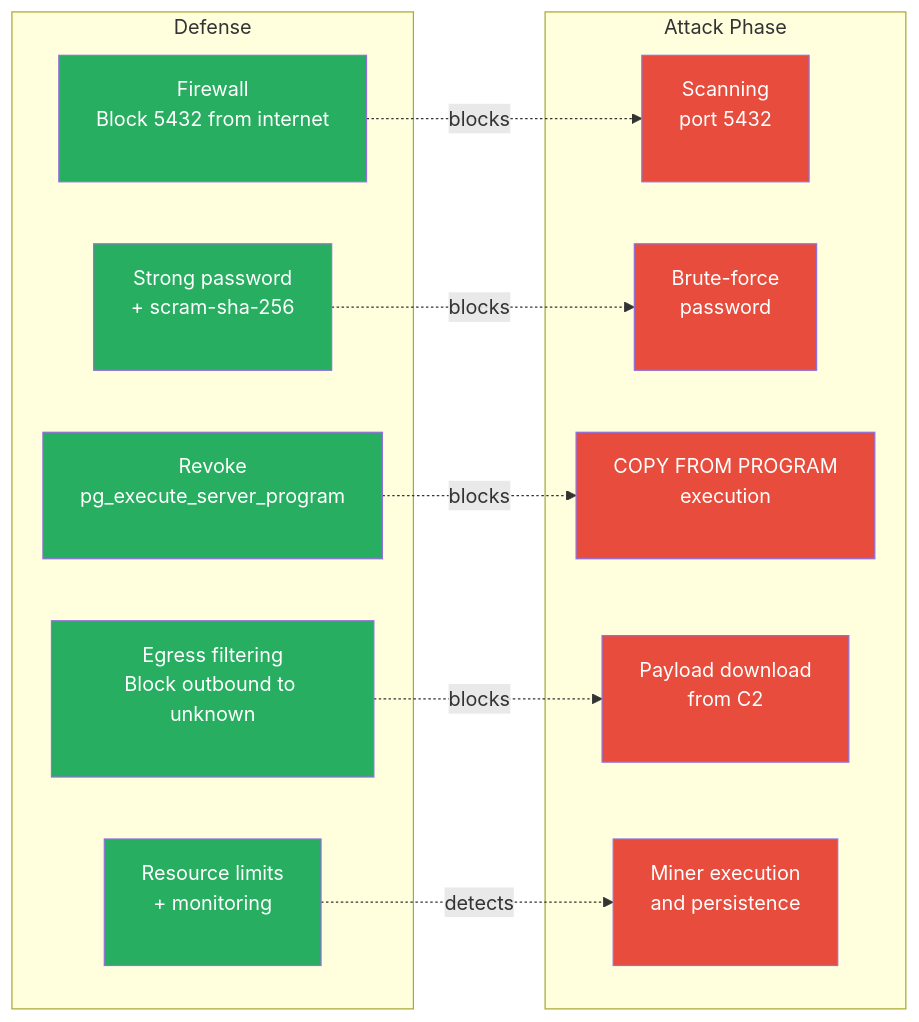
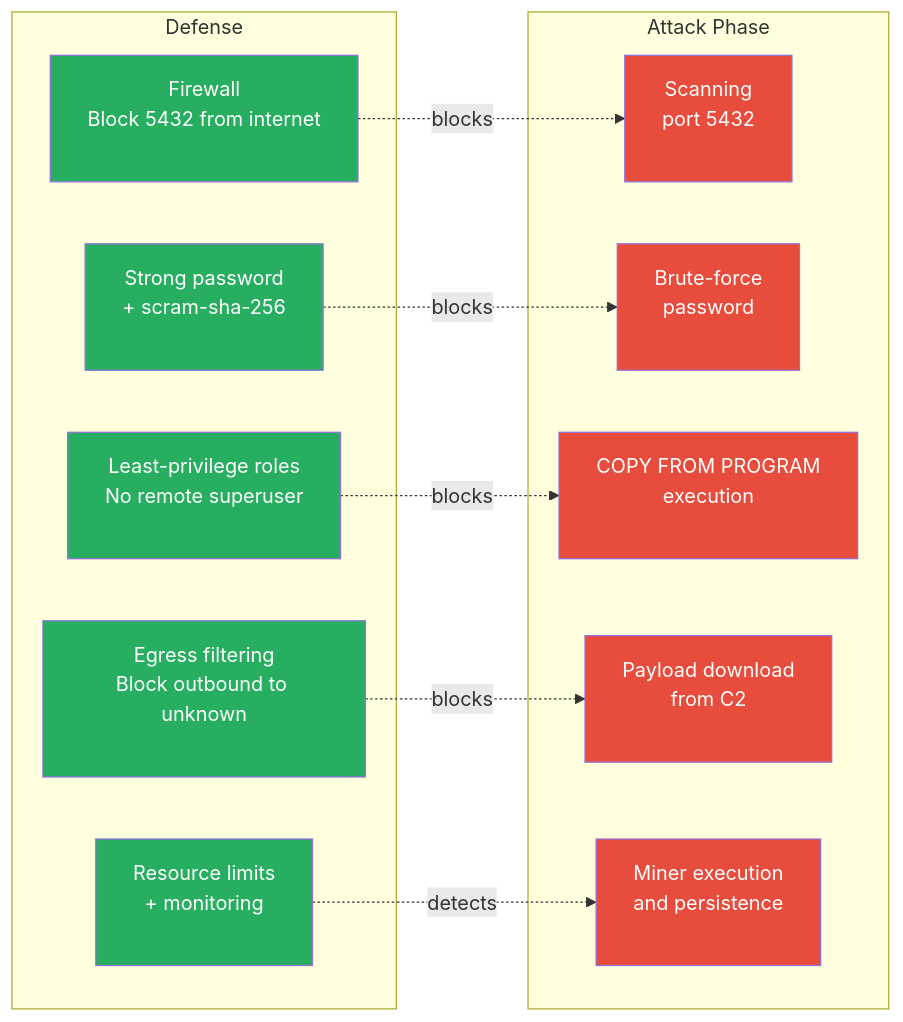
Before and after one commit to nvkhuy/nvkhuy.github.io: diagram 12 of 15 in src/content/blog/2026-09-01-pg-miner-attack.md, drawn with Mermaid. The commit also changed other lines of this file, not shown here.

````diff
--- a/src/content/blog/2026-09-01-pg-miner-attack.md
+++ b/src/content/blog/2026-09-01-pg-miner-attack.md
@@ -599,36 +605,36 @@
 ```mermaid
 flowchart LR
     subgraph "Attack Phase"
         P1["Scanning<br/>port 5432<br/>&nbsp;"]
         P2["Brute-force<br/>password<br/>&nbsp;"]
         P3["COPY FROM PROGRAM<br/>execution<br/>&nbsp;"]
         P4["Payload download<br/>from C2<br/>&nbsp;"]
         P5["Miner execution<br/>and persistence<br/>&nbsp;"]
     end
 
     subgraph "Defense"
         D1["Firewall<br/>Block 5432 from internet<br/>&nbsp;"]
         D2["Strong password<br/>+ scram-sha-256<br/>&nbsp;"]
-        D3["Revoke<br/>pg_execute_server_program<br/>&nbsp;"]
+        D3["Least-privilege roles<br/>No remote superuser<br/>&nbsp;"]
         D4["Egress filtering<br/>Block outbound to unknown<br/>&nbsp;"]
         D5["Resource limits<br/>+ monitoring<br/>&nbsp;"]
     end
 
     D1 -.->|blocks| P1
     D2 -.->|blocks| P2
     D3 -.->|blocks| P3
     D4 -.->|blocks| P4
     D5 -.->|detects| P5
 
     style D1 fill:#27ae60,color:#fff
     style D2 fill:#27ae60,color:#fff
     style D3 fill:#27ae60,color:#fff
     style D4 fill:#27ae60,color:#fff
     style D5 fill:#27ae60,color:#fff
 
     style P1 fill:#e74c3c,color:#fff
     style P2 fill:#e74c3c,color:#fff
     style P3 fill:#e74c3c,color:#fff
     style P4 fill:#e74c3c,color:#fff
     style P5 fill:#e74c3c,color:#fff
 ```
````
